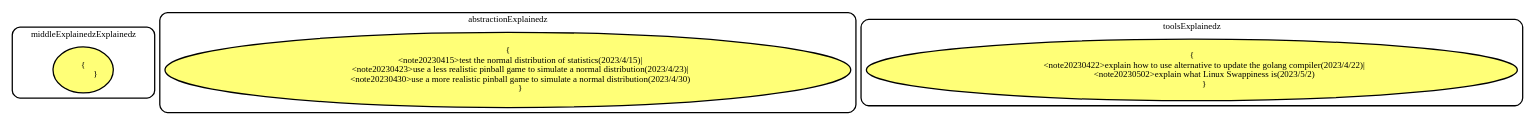
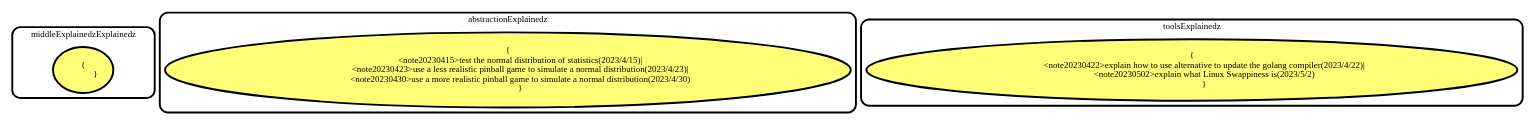
One commit to panhongrainbow/panhongrainbow.github.io changed the diagram in roadmap/subRoadmaps/08otherNode.dot. Above: the diagram before and after it, drawn with Graphviz. The commit also changed 13 other files, not shown here.

First line of the commit message:
[roadmap] records work on May 9, 2023 and May 4, 2023.

```diff
--- a/roadmap/subRoadmaps/08otherNode.dot
+++ b/roadmap/subRoadmaps/08otherNode.dot
@@ -1,34 +1,34 @@
 digraph SubRoadmap {
     // (8) other node
     subgraph cluster_middle_explain {
     label="middleExplainedzExplainedz";
     style=rounded;
-    penwidth=2;
-    node [style=filled, penwidth=2, fillcolor="#FFFF77"];
+    penwidth=3;
+    node [style=filled, penwidth=3, fillcolor="#FFFF77"];
     middleExplainStack [label="{
             }", height=1];
     }
     
     subgraph cluster_abstraction_explain {
         label="abstractionExplainedz";
         style=rounded;
-        penwidth=2;
-        node [style=filled, penwidth=2, fillcolor="#FFFF77"];
+        penwidth=3;
+        node [style=filled, penwidth=3, fillcolor="#FFFF77"];
         abstractionExplainStack [label="{
             <note20230415>test the normal distribution of statistics(2023/4/15)|
             <note20230423>use a less realistic pinball game to simulate a normal distribution(2023/4/23)|
             <note20230430>use a more realistic pinball game to simulate a normal distribution(2023/4/30)
             }", height=1];
     }
     
     subgraph cluster_tools_explain {
         label="toolsExplainedz";
         style=rounded;
-        penwidth=2;
-        node [style=filled, penwidth=2, fillcolor="#FFFF77"];
+        penwidth=3;
+        node [style=filled, penwidth=3, fillcolor="#FFFF77"];
         toolsExplainStack [label="{
             <note20230422>explain how to use alternative to update the golang compiler(2023/4/22)|
             <note20230502>explain what Linux Swappiness is(2023/5/2)
             }", height=1];
     }
 /*end*/}
```
